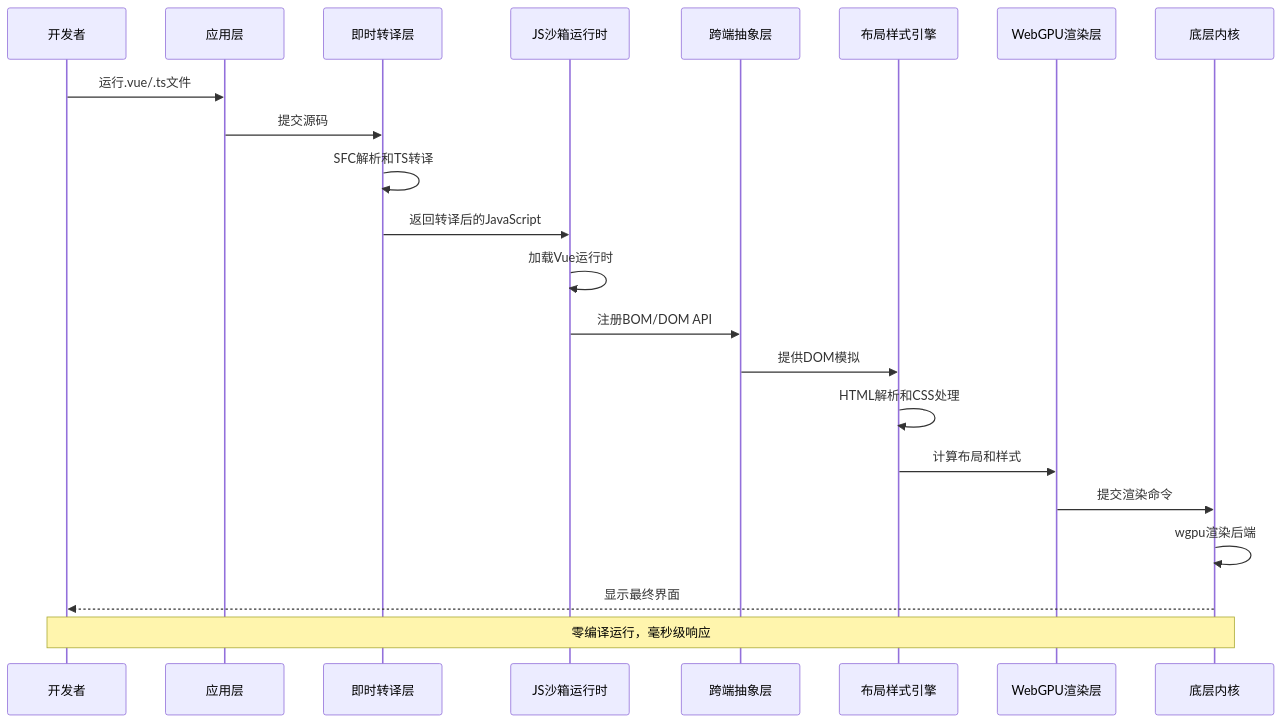
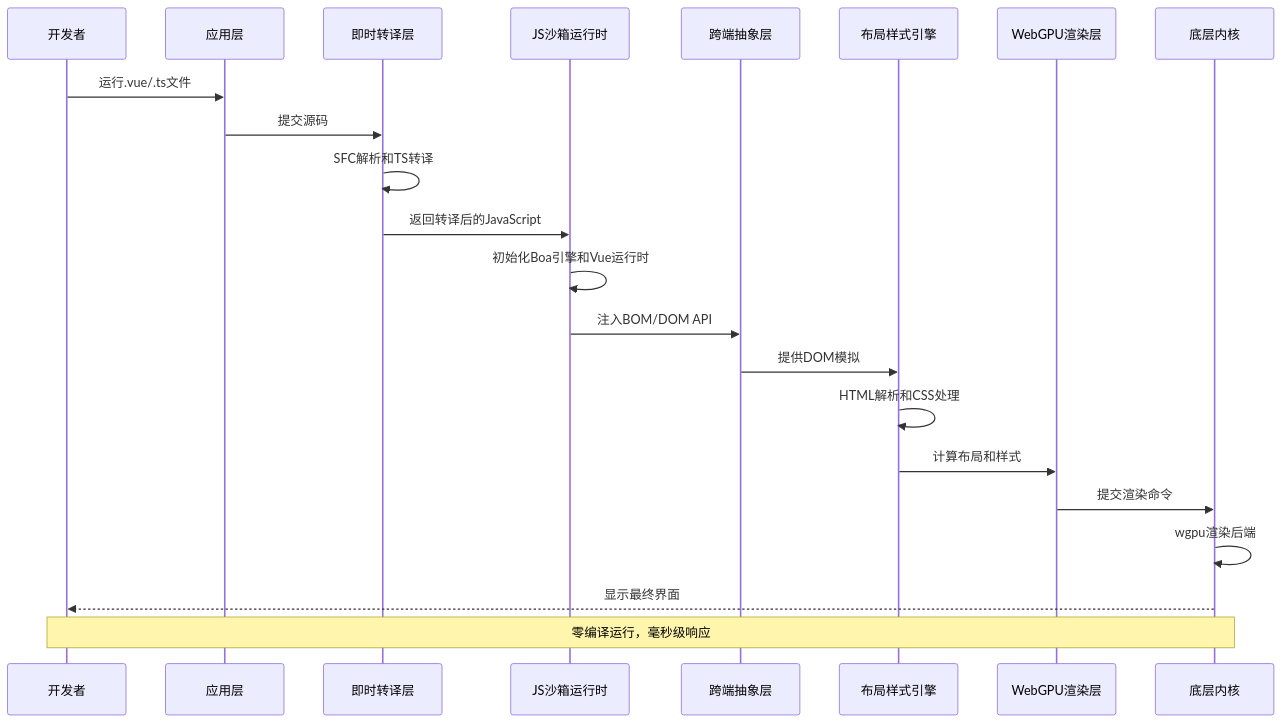
The third of 3 diagrams in .qoder/repowiki/zh/content/技术架构详解/整体架构设计/整体架构设计.md (itszzl-sudo/iris), drawn with Mermaid before and after one commit. The commit also changed other lines of this file and 12 other files, not shown here.

````diff
--- a/.qoder/repowiki/zh/content/技术架构详解/整体架构设计/整体架构设计.md
+++ b/.qoder/repowiki/zh/content/技术架构详解/整体架构设计/整体架构设计.md
@@ -400,24 +434,24 @@
 ```mermaid
 sequenceDiagram
 participant Dev as 开发者
 participant App as 应用层
 participant Trans as 即时转译层
 participant JS as JS沙箱运行时
 participant Abs as 跨端抽象层
 participant Layout as 布局样式引擎
 participant GPU as WebGPU渲染层
 participant Kernel as 底层内核
 Dev->>App : 运行.vue/.ts文件
 App->>Trans : 提交源码
 Trans->>Trans : SFC解析和TS转译
 Trans->>JS : 返回转译后的JavaScript
-JS->>JS : 加载Vue运行时
-JS->>Abs : 注册BOM/DOM API
+JS->>JS : 初始化Boa引擎和Vue运行时
+JS->>Abs : 注入BOM/DOM API
 Abs->>Layout : 提供DOM模拟
 Layout->>Layout : HTML解析和CSS处理
 Layout->>GPU : 计算布局和样式
 GPU->>Kernel : 提交渲染命令
 Kernel->>Kernel : wgpu渲染后端
 Kernel-->>Dev : 显示最终界面
 Note over Dev,Kernel : 零编译运行，毫秒级响应
 ```
````
